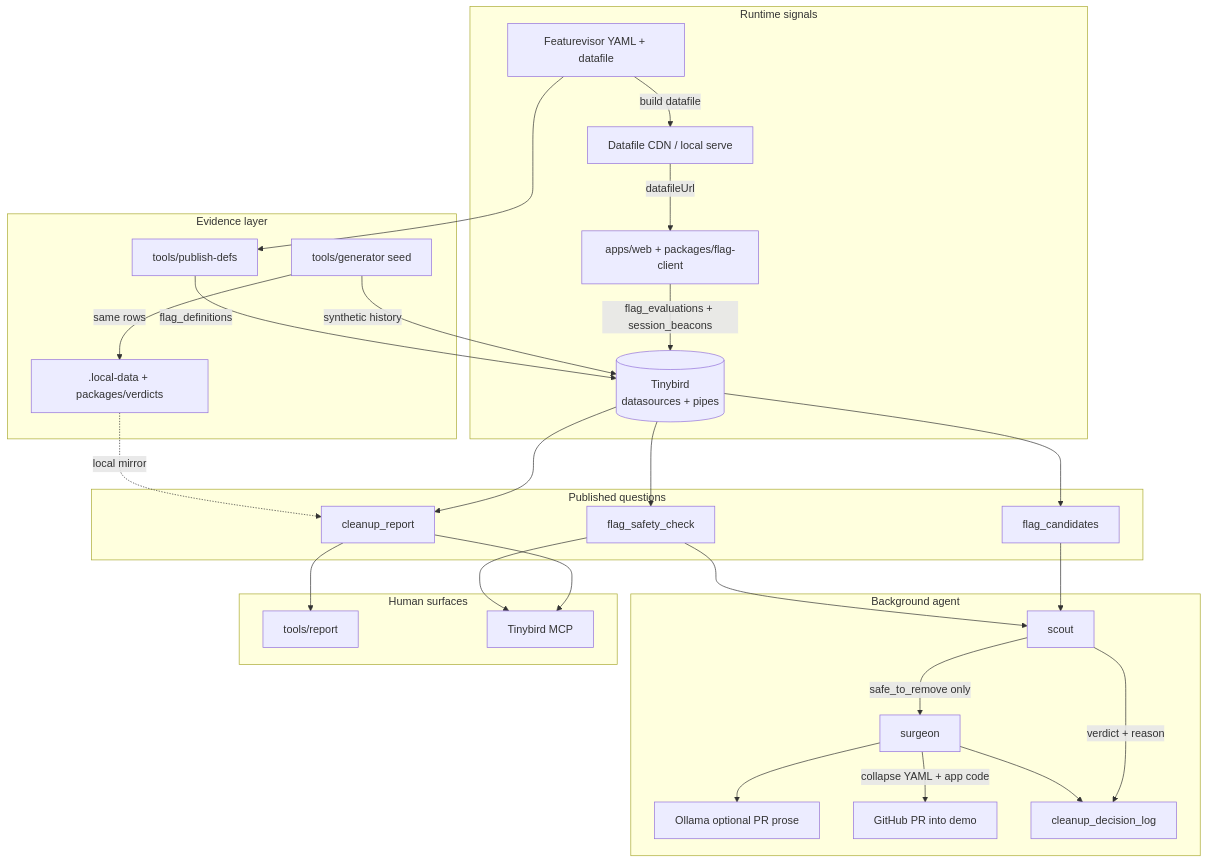
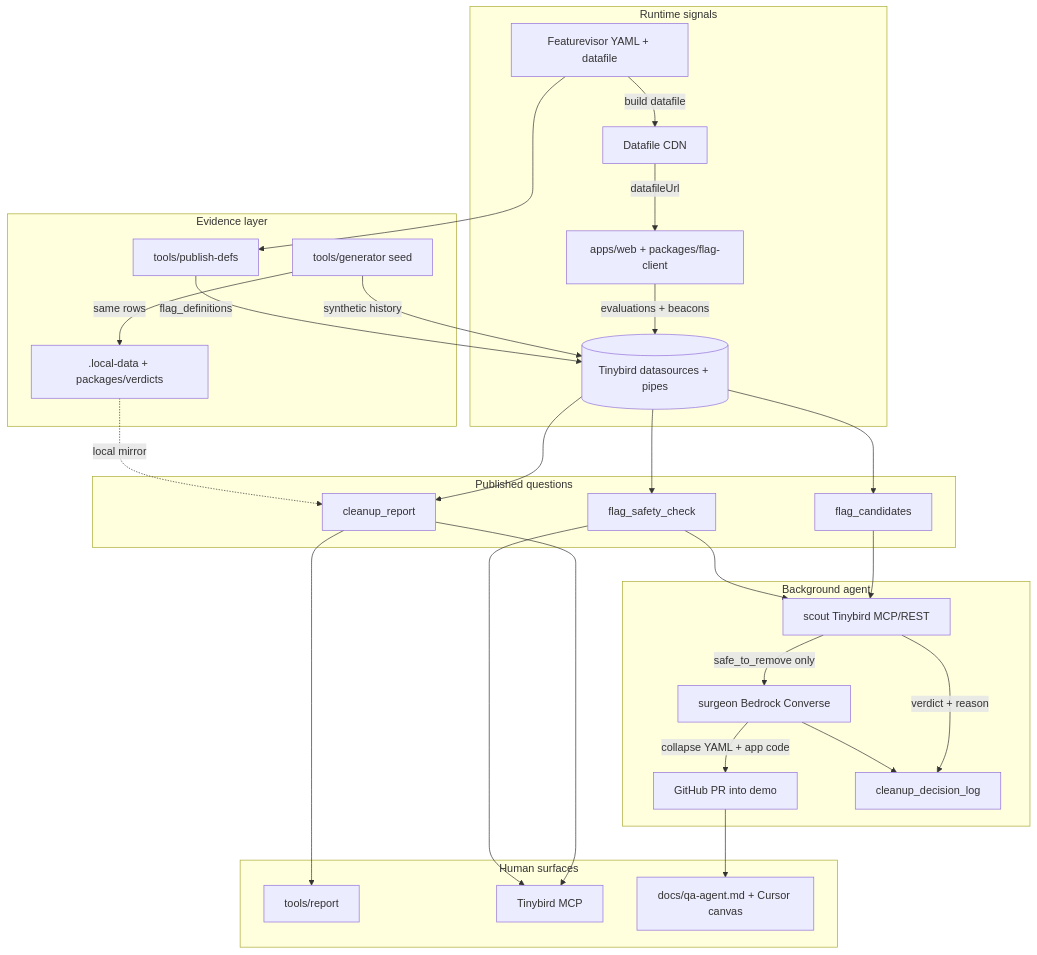
One commit to lucamezzalira/stale-flag-cleanup changed the first of 3 diagrams in README.md. Above: the diagram before and after it, drawn with Mermaid. The commit also changed other lines of this file and 3 other files, not shown here.

First line of the commit message:
Document AWS architecture, cleanup sequence, and Bedrock agent path.

````diff
--- a/README.md
+++ b/README.md
@@ -9,55 +16,55 @@
 ```mermaid
 flowchart TB
   subgraph runtime [Runtime signals]
     FV[Featurevisor YAML + datafile]
     WEB[apps/web + packages/flag-client]
-    CDN[Datafile CDN / local serve]
+    CDN[Datafile CDN]
     FV -->|build datafile| CDN
     CDN -->|datafileUrl| WEB
-    WEB -->|flag_evaluations + session_beacons| TB
+    WEB -->|evaluations + beacons| TB
   end
 
   subgraph evidence [Evidence layer]
     GEN[tools/generator seed]
     DEFS[tools/publish-defs]
-    TB[(Tinybird<br/>datasources + pipes)]
+    TB[(Tinybird datasources + pipes)]
     LOCAL[.local-data + packages/verdicts]
     GEN -->|synthetic history| TB
     GEN -->|same rows| LOCAL
     DEFS -->|flag_definitions| TB
     FV --> DEFS
   end
 
   subgraph questions [Published questions]
     CAND[flag_candidates]
     SAFE[flag_safety_check]
     RPT[cleanup_report]
     TB --> CAND
     TB --> SAFE
     TB --> RPT
     LOCAL -.local mirror.-> RPT
   end
 
   subgraph agent [Background agent]
-    SCOUT[scout]
-    SURG[surgeon]
-    OLLAMA[Ollama optional PR prose]
+    SCOUT[scout Tinybird MCP/REST]
+    SURG[surgeon Bedrock Converse]
     GH[GitHub PR into demo]
     LOG[cleanup_decision_log]
     CAND --> SCOUT
     SAFE --> SCOUT
     SCOUT -->|verdict + reason| LOG
     SCOUT -->|safe_to_remove only| SURG
-    SURG --> OLLAMA
     SURG -->|collapse YAML + app code| GH
     SURG --> LOG
   end
 
   subgraph humans [Human surfaces]
     CLI[tools/report]
     MCP[Tinybird MCP]
+    QA[docs/qa-agent.md + Cursor canvas]
     RPT --> CLI
     RPT --> MCP
     SAFE --> MCP
+    GH --> QA
   end
 ```
````
